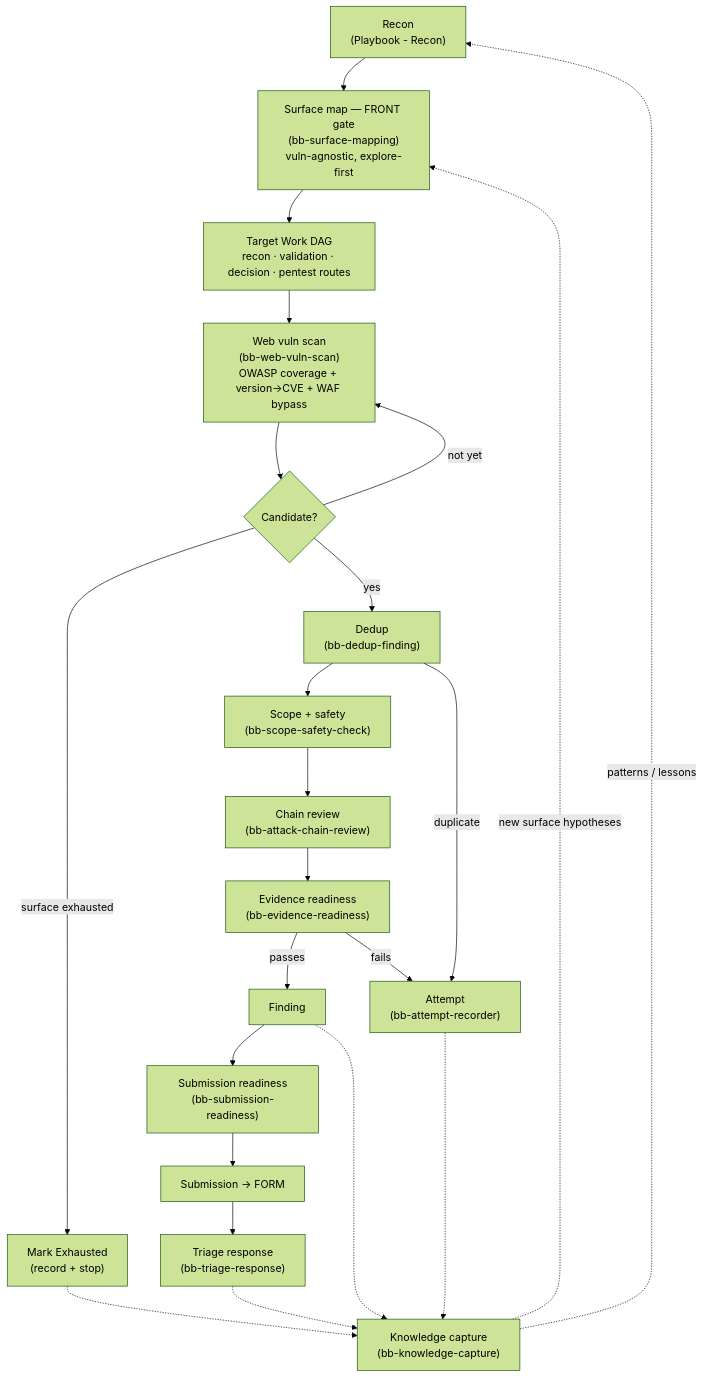
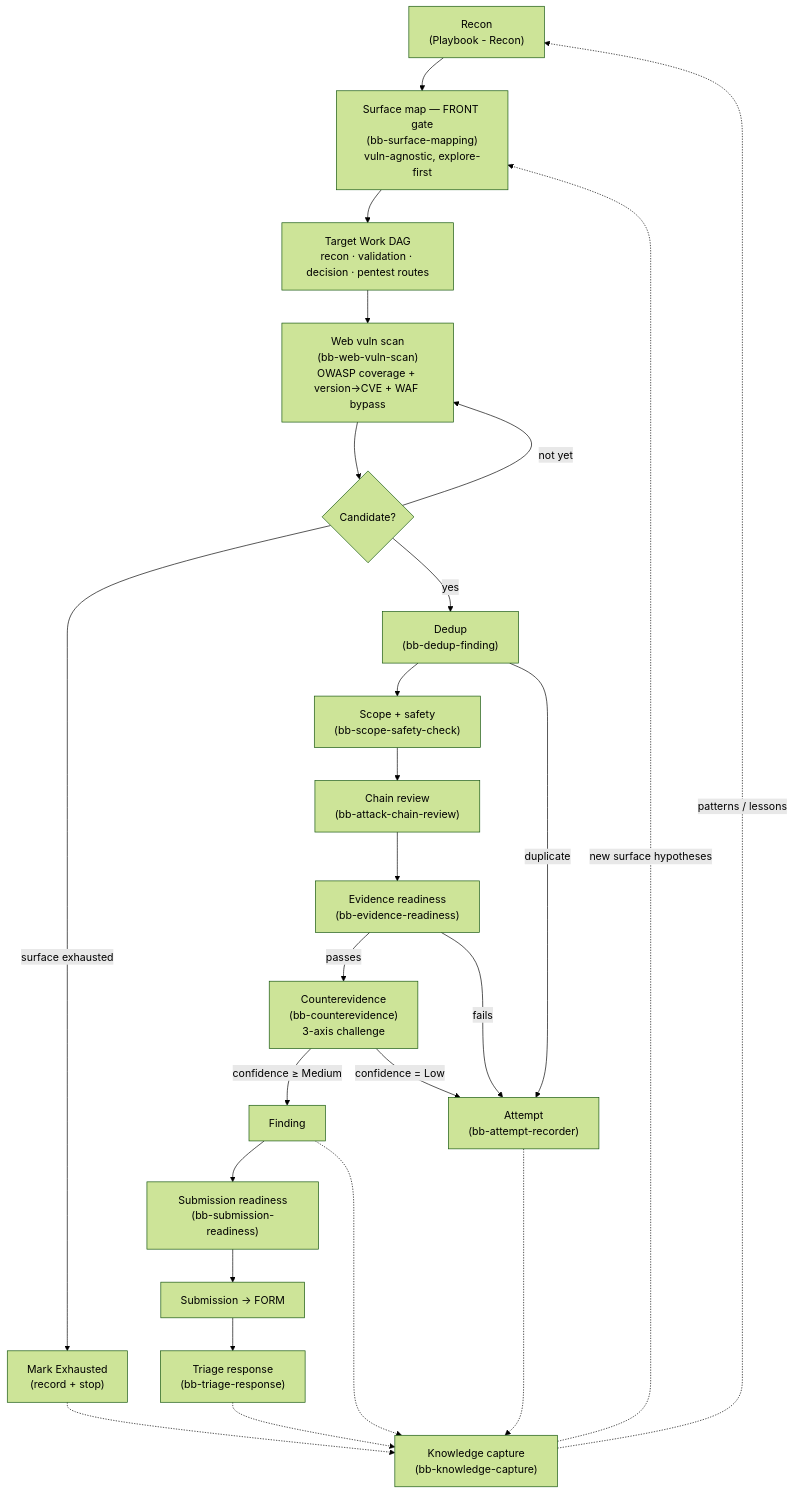
One commit to guan4tou2/bug-bounty-vault-framework changed the diagram in docs/workflow.md. Above: the diagram before and after it, drawn with Mermaid (forest theme). The commit also changed other lines of this file and 10 other files, not shown here.

````diff
--- a/docs/workflow.md
+++ b/docs/workflow.md
@@ -22,25 +22,27 @@
 ```mermaid
 flowchart TD
   R["Recon<br/>(Playbook - Recon)"] --> SM["Surface map — FRONT gate<br/>(bb-surface-mapping)<br/>vuln-agnostic, explore-first"]
   SM --> DAG["Target Work DAG<br/>recon · validation · decision · pentest routes"]
   DAG --> WV["Web vuln scan<br/>(bb-web-vuln-scan)<br/>OWASP coverage + version→CVE + WAF bypass"]
   WV --> C{"Candidate?"}
   C -->|"not yet"| WV
   C -->|"surface exhausted"| EX["Mark Exhausted<br/>(record + stop)"]
   C -->|yes| D["Dedup<br/>(bb-dedup-finding)"]
   D --> S["Scope + safety<br/>(bb-scope-safety-check)"]
   S --> CH["Chain review<br/>(bb-attack-chain-review)"]
   CH --> E["Evidence readiness<br/>(bb-evidence-readiness)"]
-  E -->|passes| F["Finding"]
+  E -->|passes| CE["Counterevidence<br/>(bb-counterevidence)<br/>3-axis challenge"]
+  CE -->|"confidence ≥ Medium"| F["Finding"]
+  CE -->|"confidence = Low"| A
   E -->|fails| A["Attempt<br/>(bb-attempt-recorder)"]
   D -->|duplicate| A
   F --> SR["Submission readiness<br/>(bb-submission-readiness)"]
   SR --> SUB["Submission → FORM"]
   SUB --> T["Triage response<br/>(bb-triage-response)"]
   F -.-> KC["Knowledge capture<br/>(bb-knowledge-capture)"]
   A -.-> KC
   EX -.-> KC
   T -.-> KC
   KC -.->|"patterns / lessons"| R
   KC -.->|"new surface hypotheses"| SM
 ```
````
